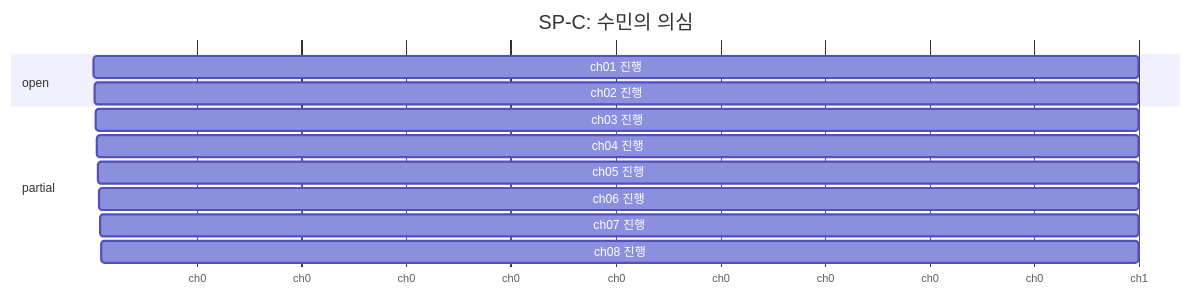
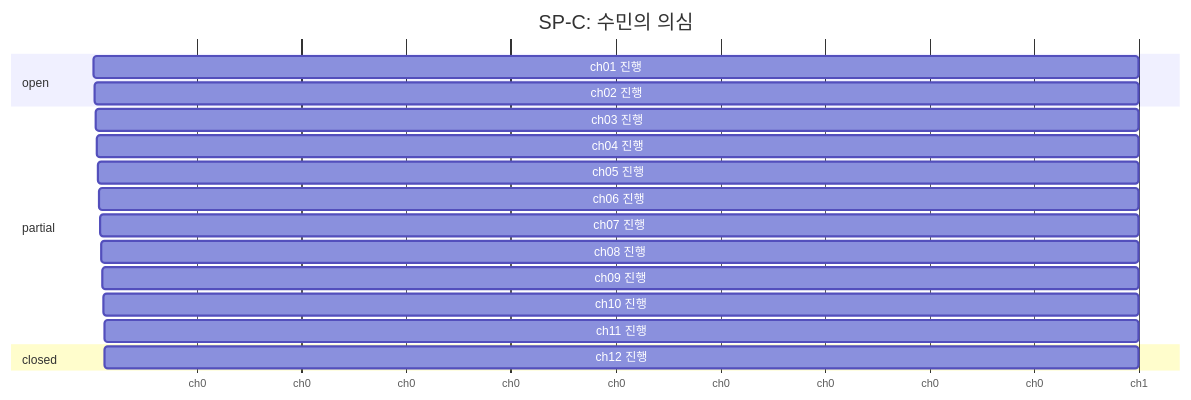
The third of 6 diagrams in examples/shanghai-shadow/build/visualizations/sp-tracking.md (hansangho/novelai), drawn with Mermaid before and after one commit. The commit also changed other lines of this file and 34 other files, not shown here.

````diff
--- a/examples/shanghai-shadow/build/visualizations/sp-tracking.md
+++ b/examples/shanghai-shadow/build/visualizations/sp-tracking.md
@@ -88,22 +116,30 @@
 ```mermaid
 gantt
     title SP-C: 수민의 의심
     dateFormat X
     axisFormat ch%s
     section open
     ch01 진행 :1, 1
     section open
     ch02 진행 :2, 1
     section partial
     ch03 진행 :3, 1
     section partial
     ch04 진행 :4, 1
     section partial
     ch05 진행 :5, 1
     section partial
     ch06 진행 :6, 1
     section partial
     ch07 진행 :7, 1
     section partial
     ch08 진행 :8, 1
+    section partial
+    ch09 진행 :9, 1
+    section partial
+    ch10 진행 :10, 1
+    section partial
+    ch11 진행 :11, 1
+    section closed
+    ch12 진행 :12, 1
 ```
````
